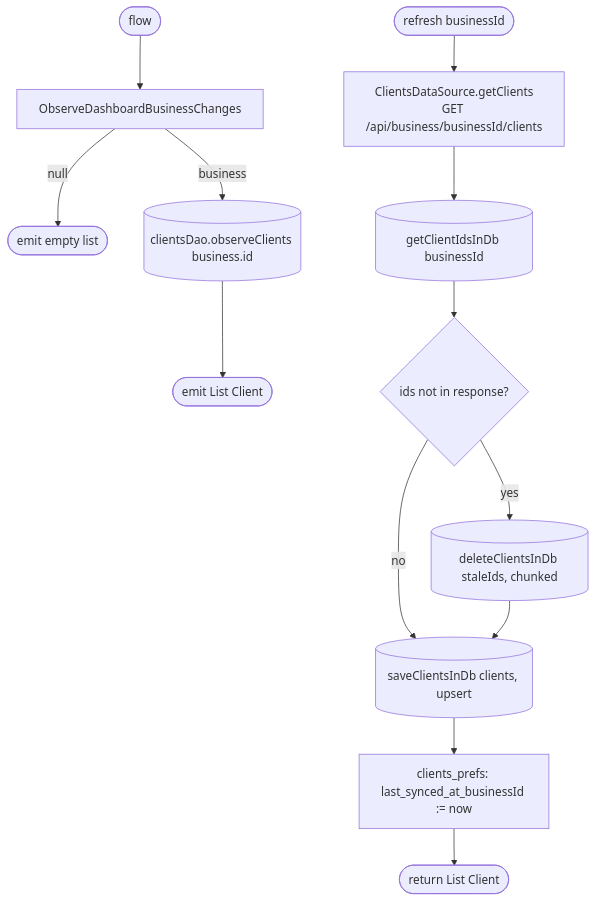
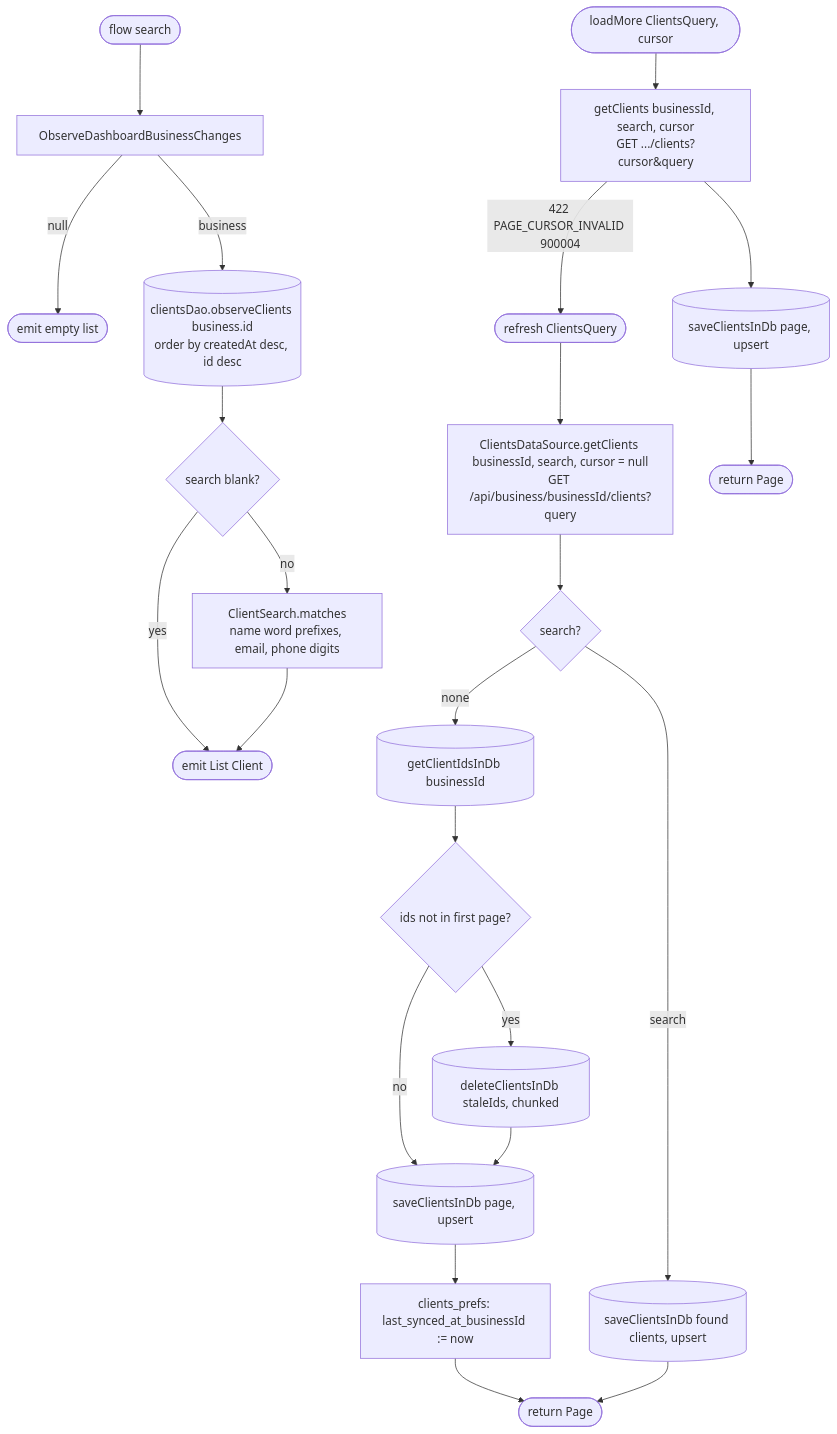
The diagram in docs/operations/clients/get-clients-list.md (nocturneproperties/bookkme-client), drawn with Mermaid before and after one commit. The commit also changed other lines of this file and 46 other files, not shown here.

Commit message:
[ISSUE-187] add pagination to clients search

````diff
--- a/docs/operations/clients/get-clients-list.md
+++ b/docs/operations/clients/get-clients-list.md
@@ -12,16 +32,24 @@
 ```mermaid
 flowchart TD
-    F([flow]) --> Biz[ObserveDashboardBusinessChanges]
+    F([flow search]) --> Biz[ObserveDashboardBusinessChanges]
     Biz -- null --> Empty([emit empty list])
-    Biz -- business --> Obs[(clientsDao.observeClients business.id)]
-    Obs --> FR([emit List Client])
+    Biz -- business --> Obs[(clientsDao.observeClients business.id<br/>order by createdAt desc, id desc)]
+    Obs --> Match{search blank?}
+    Match -- yes --> FR([emit List Client])
+    Match -- no --> Filt[ClientSearch.matches<br/>name word prefixes, email, phone digits] --> FR
 
-    R([refresh businessId]) --> Net[ClientsDataSource.getClients<br/>GET /api/business/businessId/clients]
-    Net --> Ids[(getClientIdsInDb businessId)]
-    Ids --> Stale{ids not in response?}
+    R([refresh ClientsQuery]) --> Net[ClientsDataSource.getClients businessId, search, cursor = null<br/>GET /api/business/businessId/clients?query]
+    Net --> Q{search?}
+    Q -- none --> Ids[(getClientIdsInDb businessId)]
+    Ids --> Stale{ids not in first page?}
     Stale -- yes --> Del[(deleteClientsInDb staleIds, chunked)]
     Stale -- no --> Save
-    Del --> Save[(saveClientsInDb clients, upsert)]
+    Del --> Save[(saveClientsInDb page, upsert)]
     Save --> Mark[clients_prefs: last_synced_at_businessId := now]
-    Mark --> RR([return List Client])
+    Mark --> RR([return Page])
+    Q -- search --> Add[(saveClientsInDb found clients, upsert)] --> RR
+
+    M([loadMore ClientsQuery, cursor]) --> Net2[getClients businessId, search, cursor<br/>GET .../clients?cursor&query]
+    Net2 -- 422 PAGE_CURSOR_INVALID 900004 --> R
+    Net2 --> Add2[(saveClientsInDb page, upsert)] --> MR([return Page])
 ```
````
